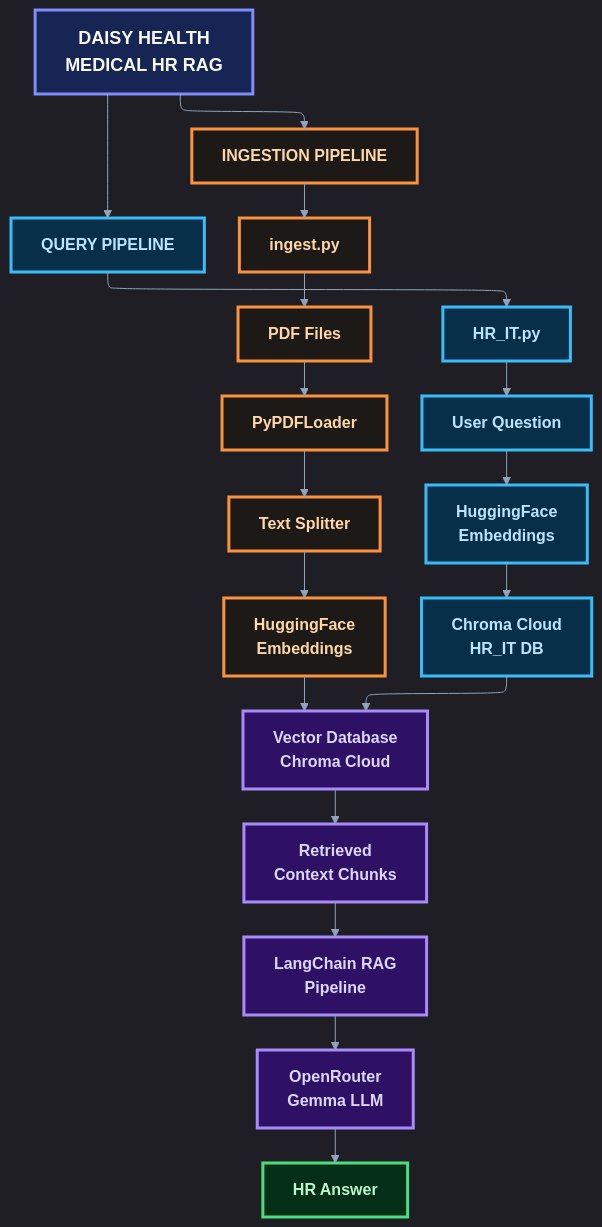
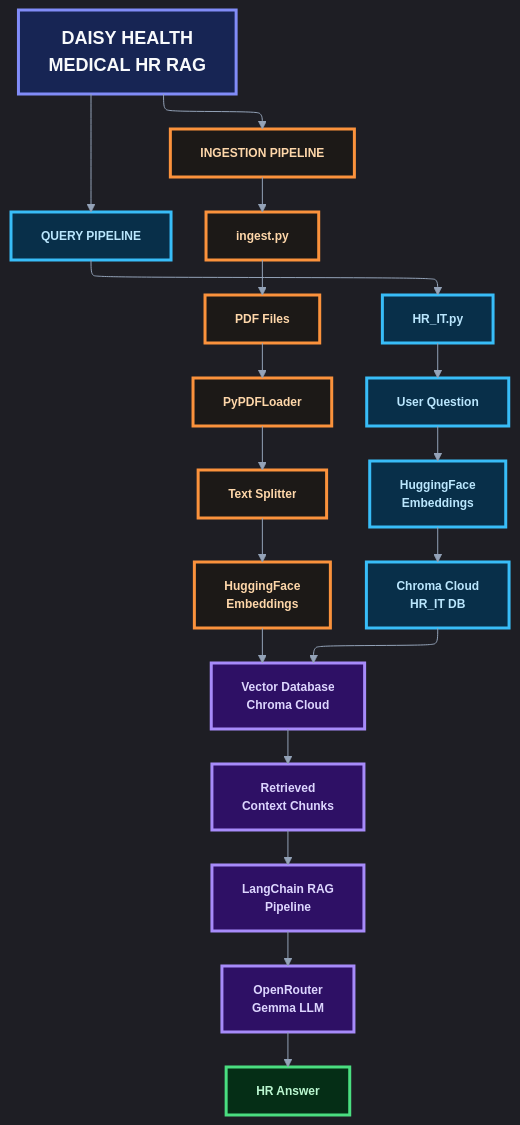
Before and after one commit to Alex-is-Gonzalez/Daisy_Health: the first of 6 diagrams in README.MD, drawn with Mermaid. The commit also changed other lines of this file and 5 other files, not shown here.

````diff
--- a/README.MD
+++ b/README.MD
@@ -70,47 +70,47 @@
 ```mermaid
 ---
 config:
   layout: elk
   theme: dark
   themeVariables:
     background: "#0b1120"
     primaryColor: "#111827"
     primaryTextColor: "#f8fafc"
     primaryBorderColor: "#475569"
     lineColor: "#94a3b8"
     fontFamily: "Inter, ui-sans-serif, system-ui, sans-serif"
-    fontSize: "16px"
+    fontSize: "12px"
 ---
 flowchart TB
     A["DAISY HEALTH<br/>MEDICAL HR RAG"] --> B["INGESTION PIPELINE"] & C["QUERY PIPELINE"]
 
     B --> B1["ingest.py"]
     B1 --> B2["PDF Files"]
     B2 --> B3["PyPDFLoader"]
     B3 --> B4["Text Splitter"]
     B4 --> B5["HuggingFace<br/>Embeddings"]
 
     C --> C1["HR_IT.py"]
     C1 --> C2["User Question"]
     C2 --> C3["HuggingFace<br/>Embeddings"]
     C3 --> C4["Chroma Cloud<br/>HR_IT DB"]
 
     B5 --> D["Vector Database<br/>Chroma Cloud"]
     C4 --> D
     D --> E["Retrieved<br/>Context Chunks"]
     E --> F["LangChain RAG<br/>Pipeline"]
     F --> G["OpenRouter<br/>Gemma LLM"]
     G --> H["HR Answer"]
 
     class A title
     class B,B1,B2,B3,B4,B5 ingestion
     class C,C1,C2,C3,C4 query
     class D,E,F,G processing
     class H output
 
     classDef title fill:#172554,stroke:#818cf8,color:#f8fafc,stroke-width:3px,font-weight:bold,font-size:18px
     classDef ingestion fill:#1c1917,stroke:#fb923c,color:#fed7aa,stroke-width:3px,font-weight:bold
     classDef query fill:#082f49,stroke:#38bdf8,color:#bae6fd,stroke-width:3px,font-weight:bold
     classDef processing fill:#2e1065,stroke:#a78bfa,color:#ddd6fe,stroke-width:3px,font-weight:bold
     classDef output fill:#052e16,stroke:#4ade80,color:#bbf7d0,stroke-width:3px,font-weight:bold
 ```
````
